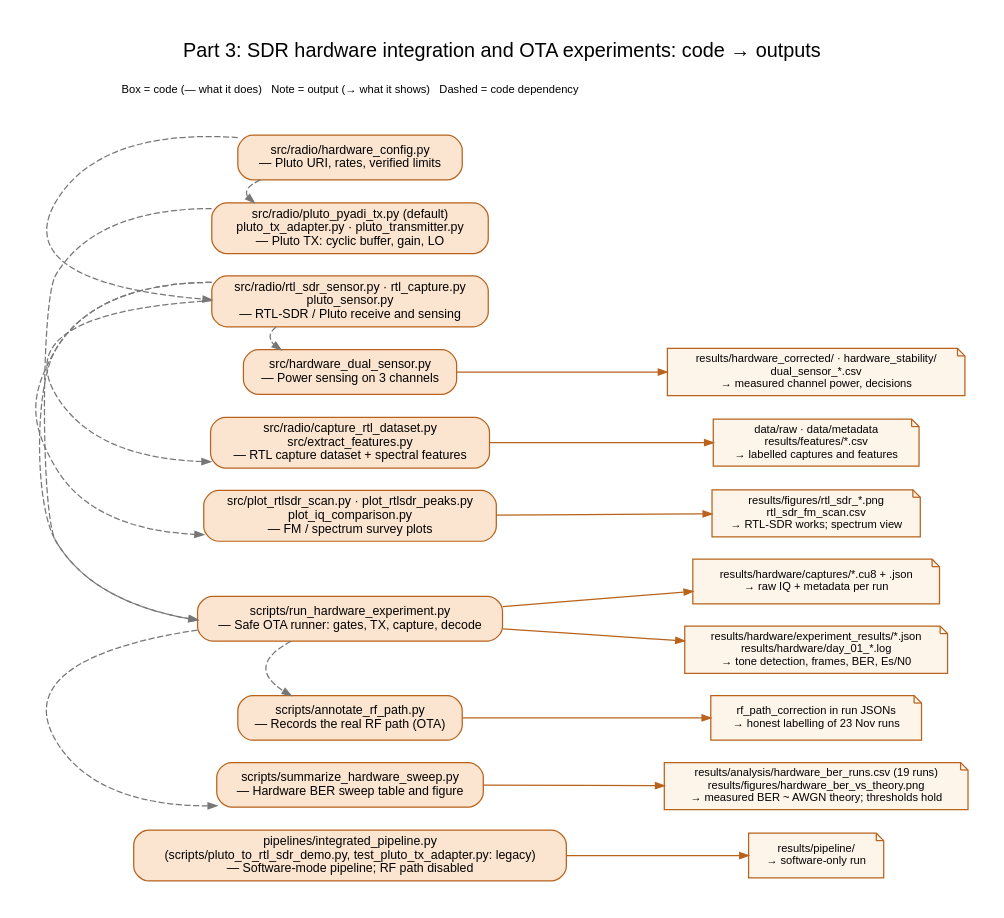
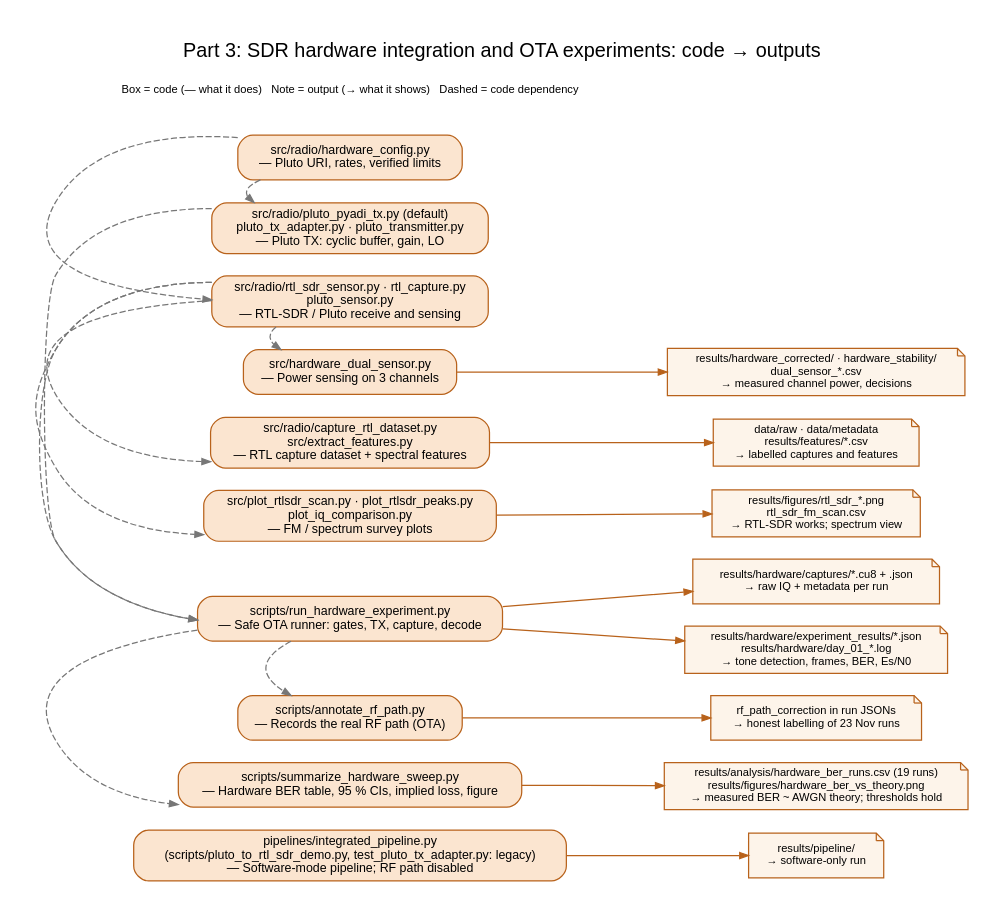
The diagram in docs/flowcharts/04_code_map_part3.dot (Aadiii21/cognitive-radio), drawn with Graphviz before and after one commit. The commit also changed 39 other files, not shown here.

```diff
--- a/docs/flowcharts/04_code_map_part3.dot
+++ b/docs/flowcharts/04_code_map_part3.dot
@@ -1,52 +1,52 @@
 digraph G {
   graph [rankdir=LR, fontname="Helvetica", fontsize=16, labelloc=t, nodesep=0.25, ranksep=0.45, pad=0.3];
   node [fontname="Helvetica", fontsize=10, margin="0.12,0.06"];
   edge [arrowsize=0.7, fontname="Helvetica"];
   label="Part 3: SDR hardware integration and OTA experiments: code → outputs";
   hcfg [shape=box, style="rounded,filled", fillcolor="#FBE5D0", color="#B8621B", label="src/radio/hardware_config.py\n— Pluto URI, rates, verified limits"];
   tx [shape=box, style="rounded,filled", fillcolor="#FBE5D0", color="#B8621B", label="src/radio/pluto_pyadi_tx.py (default)\npluto_tx_adapter.py · pluto_transmitter.py\n— Pluto TX: cyclic buffer, gain, LO"];
   rxh [shape=box, style="rounded,filled", fillcolor="#FBE5D0", color="#B8621B", label="src/radio/rtl_sdr_sensor.py · rtl_capture.py\npluto_sensor.py\n— RTL-SDR / Pluto receive and sensing"];
   sense [shape=box, style="rounded,filled", fillcolor="#FBE5D0", color="#B8621B", label="src/hardware_dual_sensor.py\n— Power sensing on 3 channels"];
   sense_o0 [shape=note, style=filled, fillcolor="#FDF4EA", color="#B8621B", fontsize=9, label="results/hardware_corrected/ · hardware_stability/\ndual_sensor_*.csv\n→ measured channel power, decisions"];
   sense -> sense_o0 [color="#B8621B"];
   dset [shape=box, style="rounded,filled", fillcolor="#FBE5D0", color="#B8621B", label="src/radio/capture_rtl_dataset.py\nsrc/extract_features.py\n— RTL capture dataset + spectral features"];
   dset_o0 [shape=note, style=filled, fillcolor="#FDF4EA", color="#B8621B", fontsize=9, label="data/raw · data/metadata\nresults/features/*.csv\n→ labelled captures and features"];
   dset -> dset_o0 [color="#B8621B"];
   rplot [shape=box, style="rounded,filled", fillcolor="#FBE5D0", color="#B8621B", label="src/plot_rtlsdr_scan.py · plot_rtlsdr_peaks.py\nplot_iq_comparison.py\n— FM / spectrum survey plots"];
   rplot_o0 [shape=note, style=filled, fillcolor="#FDF4EA", color="#B8621B", fontsize=9, label="results/figures/rtl_sdr_*.png\nrtl_sdr_fm_scan.csv\n→ RTL-SDR works; spectrum view"];
   rplot -> rplot_o0 [color="#B8621B"];
   run [shape=box, style="rounded,filled", fillcolor="#FBE5D0", color="#B8621B", label="scripts/run_hardware_experiment.py\n— Safe OTA runner: gates, TX, capture, decode"];
   run_o0 [shape=note, style=filled, fillcolor="#FDF4EA", color="#B8621B", fontsize=9, label="results/hardware/captures/*.cu8 + .json\n→ raw IQ + metadata per run"];
   run -> run_o0 [color="#B8621B"];
   run_o1 [shape=note, style=filled, fillcolor="#FDF4EA", color="#B8621B", fontsize=9, label="results/hardware/experiment_results/*.json\nresults/hardware/day_01_*.log\n→ tone detection, frames, BER, Es/N0"];
   run -> run_o1 [color="#B8621B"];
   annot [shape=box, style="rounded,filled", fillcolor="#FBE5D0", color="#B8621B", label="scripts/annotate_rf_path.py\n— Records the real RF path (OTA)"];
   annot_o0 [shape=note, style=filled, fillcolor="#FDF4EA", color="#B8621B", fontsize=9, label="rf_path_correction in run JSONs\n→ honest labelling of 23 Nov runs"];
   annot -> annot_o0 [color="#B8621B"];
-  sweep [shape=box, style="rounded,filled", fillcolor="#FBE5D0", color="#B8621B", label="scripts/summarize_hardware_sweep.py\n— Hardware BER sweep table and figure"];
+  sweep [shape=box, style="rounded,filled", fillcolor="#FBE5D0", color="#B8621B", label="scripts/summarize_hardware_sweep.py\n— Hardware BER table, 95 % CIs, implied loss, figure"];
   sweep_o0 [shape=note, style=filled, fillcolor="#FDF4EA", color="#B8621B", fontsize=9, label="results/analysis/hardware_ber_runs.csv (19 runs)\nresults/figures/hardware_ber_vs_theory.png\n→ measured BER ~ AWGN theory; thresholds hold"];
   sweep -> sweep_o0 [color="#B8621B"];
   pipe [shape=box, style="rounded,filled", fillcolor="#FBE5D0", color="#B8621B", label="pipelines/integrated_pipeline.py\n(scripts/pluto_to_rtl_sdr_demo.py, test_pluto_tx_adapter.py: legacy)\n— Software-mode pipeline; RF path disabled"];
   pipe_o0 [shape=note, style=filled, fillcolor="#FDF4EA", color="#B8621B", fontsize=9, label="results/pipeline/\n→ software-only run"];
   pipe -> pipe_o0 [color="#B8621B"];
   { rank=same; hcfg; tx; rxh; sense; dset; rplot; run; annot; sweep; pipe; }
   hcfg -> tx [style=invis];
   tx -> rxh [style=invis];
   rxh -> sense [style=invis];
   sense -> dset [style=invis];
   dset -> rplot [style=invis];
   rplot -> run [style=invis];
   run -> annot [style=invis];
   annot -> sweep [style=invis];
   sweep -> pipe [style=invis];
   hcfg -> tx [style=dashed, color="#777777", constraint=false];
   hcfg -> rxh [style=dashed, color="#777777", constraint=false];
   rxh -> sense [style=dashed, color="#777777", constraint=false];
   rxh -> dset [style=dashed, color="#777777", constraint=false];
   rxh -> rplot [style=dashed, color="#777777", constraint=false];
   tx -> run [style=dashed, color="#777777", constraint=false];
   rxh -> run [style=dashed, color="#777777", constraint=false];
   run -> annot [style=dashed, color="#777777", constraint=false];
   run -> sweep [style=dashed, color="#777777", constraint=false];
   legend [shape=plaintext, fontsize=9, label="Box = code (— what it does)   Note = output (→ what it shows)   Dashed = code dependency"];
 }
```
